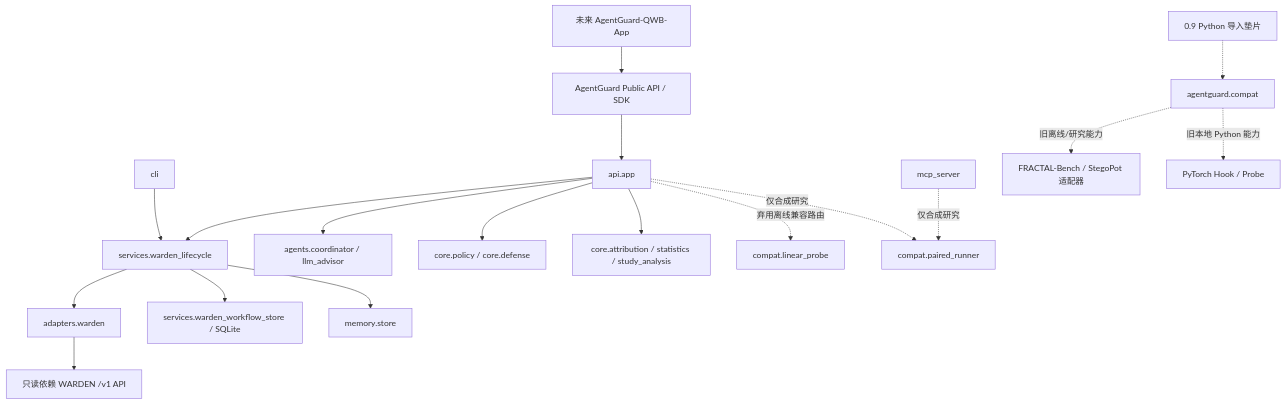
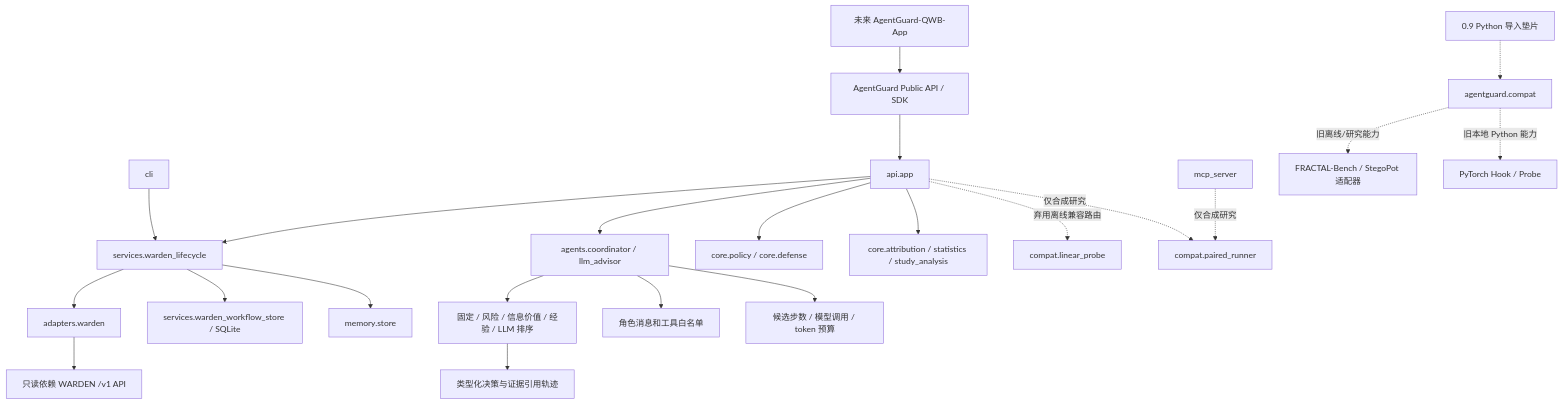
One commit to hauyer/AgentGuard changed the diagram in docs/migration/DEPENDENCY_GRAPH.md. Above: the diagram before and after it, drawn with Mermaid. The commit also changed other lines of this file and 22 other files, not shown here.

````diff
--- a/docs/migration/DEPENDENCY_GRAPH.md
+++ b/docs/migration/DEPENDENCY_GRAPH.md
@@ -5,20 +5,24 @@
 ```mermaid
 flowchart TD
   App[未来 AgentGuard-QWB-App] --> Public[AgentGuard Public API / SDK]
   Public --> API[api.app]
   CLI[cli] --> Lifecycle[services.warden_lifecycle]
   API --> Lifecycle
   Lifecycle --> Client[adapters.warden]
   Lifecycle --> Journal[services.warden_workflow_store / SQLite]
   Lifecycle --> Memory[memory.store]
   Client --> WARDEN[只读依赖 WARDEN /v1 API]
   API --> Coordinator[agents.coordinator / llm_advisor]
+  Coordinator --> Strategies[固定 / 风险 / 信息价值 / 经验 / LLM 排序]
+  Strategies --> Trace[类型化决策与证据引用轨迹]
+  Coordinator --> RolePolicy[角色消息和工具白名单]
+  Coordinator --> Budget[候选步数 / 模型调用 / token 预算]
   API --> Policy[core.policy / core.defense]
   API --> Research[core.attribution / statistics / study_analysis]
   API -. 弃用离线兼容路由 .-> CompatProbe[compat.linear_probe]
   API -. 仅合成研究 .-> CompatPaired[compat.paired_runner]
   MCP[mcp_server] -. 仅合成研究 .-> CompatPaired
   Legacy[0.9 Python 导入垫片] -.-> Compatibility[agentguard.compat]
   Compatibility -. 旧离线/研究能力 .-> OldAdapters[FRACTAL-Bench / StegoPot 适配器]
   Compatibility -. 旧本地 Python 能力 .-> Hooks[PyTorch Hook / Probe]
 ```
````
